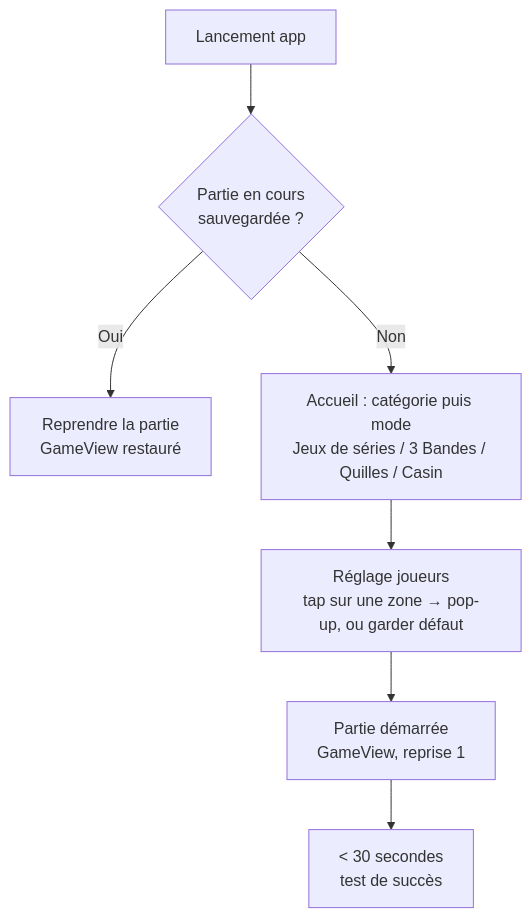
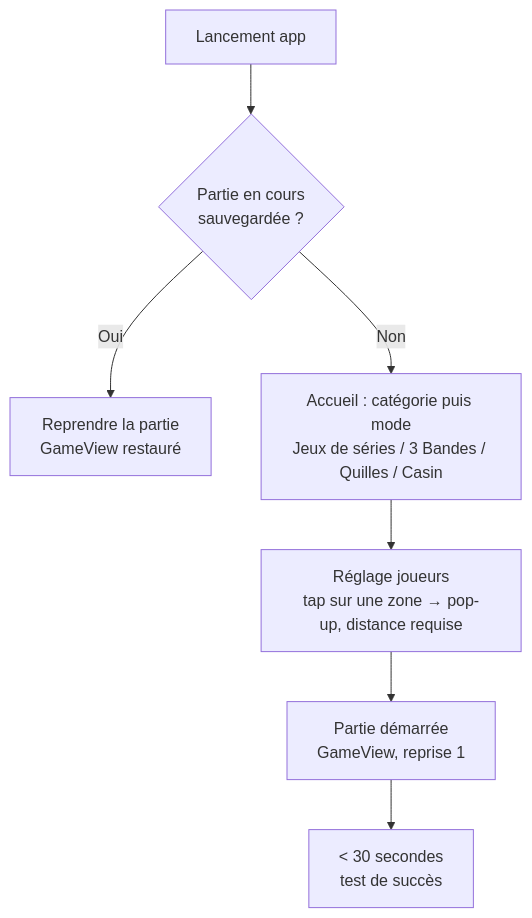
Before and after one commit to nlegendree/carom_scoreboard: the first of 3 diagrams in _bmad-output/planning-artifacts/ux-design-specification.md, drawn with Mermaid. The commit also changed other lines of this file and 18 other files, not shown here.

````diff
--- a/_bmad-output/planning-artifacts/ux-design-specification.md
+++ b/_bmad-output/planning-artifacts/ux-design-specification.md
@@ -292,9 +302,9 @@
 ```mermaid
 flowchart TD
     A[Lancement app] --> B{Partie en cours\nsauvegardée ?}
     B -- Oui --> C[Reprendre la partie\nGameView restauré]
     B -- Non --> D[Accueil : catégorie puis mode\nJeux de séries / 3 Bandes / Quilles / Casin]
-    D --> E[Réglage joueurs\ntap sur une zone → pop-up, ou garder défaut]
+    D --> E[Réglage joueurs\ntap sur une zone → pop-up, distance requise]
     E --> F[Partie démarrée\nGameView, reprise 1]
     F --> G[< 30 secondes\ntest de succès]
 ```
````
